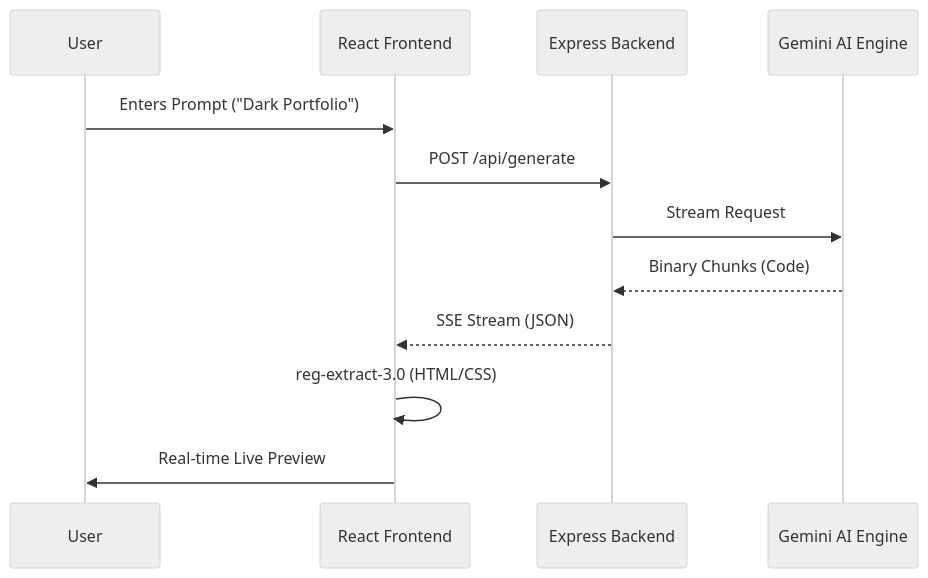
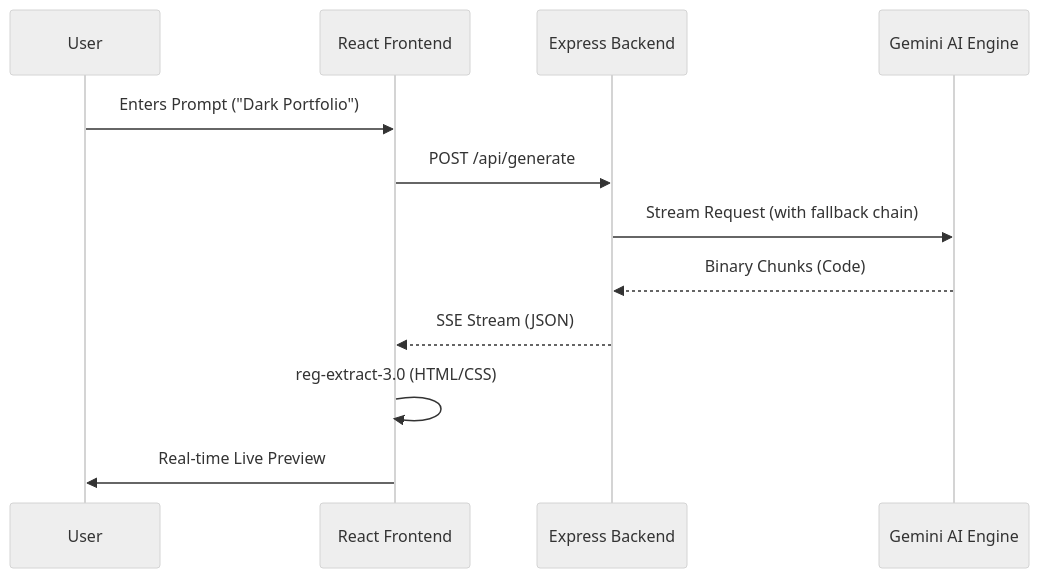
The second of 2 diagrams in docs/architecture.md (shivamhuyrr/-NEXUS-AI-WEB-BUILDER), drawn with Mermaid (neutral theme) before and after one commit. The commit also changed other lines of this file, not shown here.

First line of the commit message:
docs: update architecture to reflect actual Gemini Flash model usage and add Model Fallback Chain documentation

````diff
--- a/docs/architecture.md
+++ b/docs/architecture.md
@@ -25,15 +69,15 @@
 ```mermaid
 sequenceDiagram
     participant U as User
     participant F as React Frontend
     participant B as Express Backend
     participant AI as Gemini AI Engine
     
     U->>F: Enters Prompt ("Dark Portfolio")
     F->>B: POST /api/generate
-    B->>AI: Stream Request
+    B->>AI: Stream Request (with fallback chain)
     AI-->>B: Binary Chunks (Code)
     B-->>F: SSE Stream (JSON)
     F->>F: reg-extract-3.0 (HTML/CSS)
     F->>U: Real-time Live Preview
 ```
````
